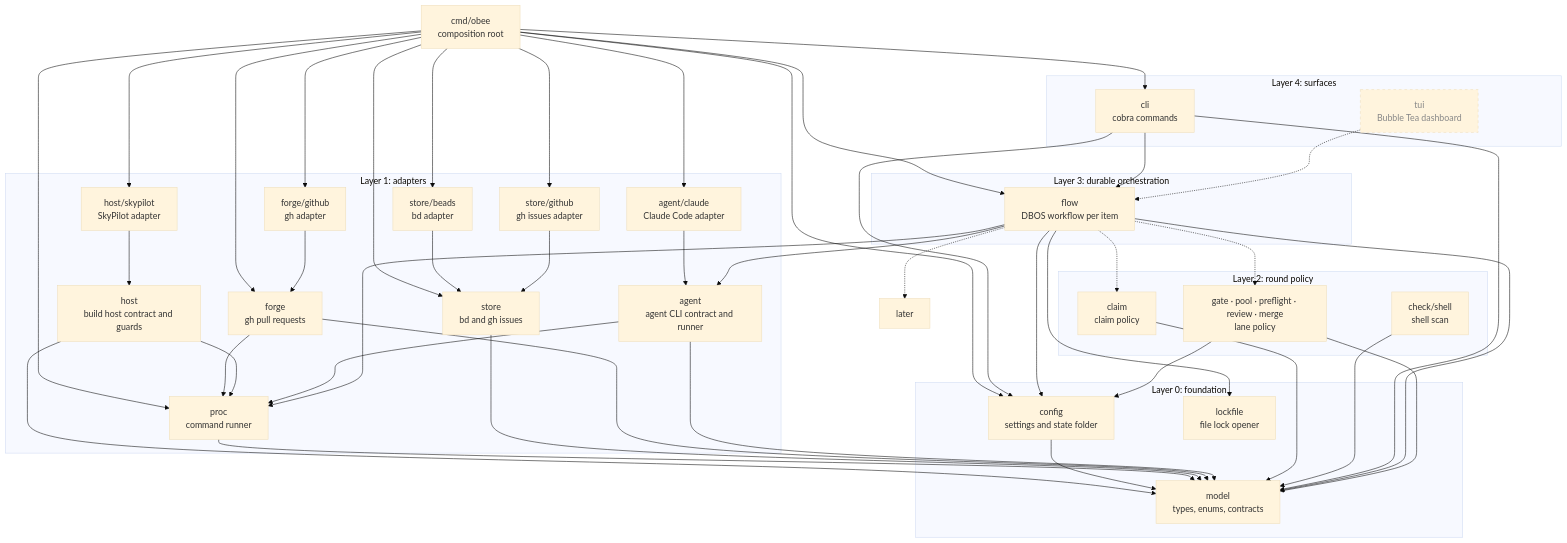
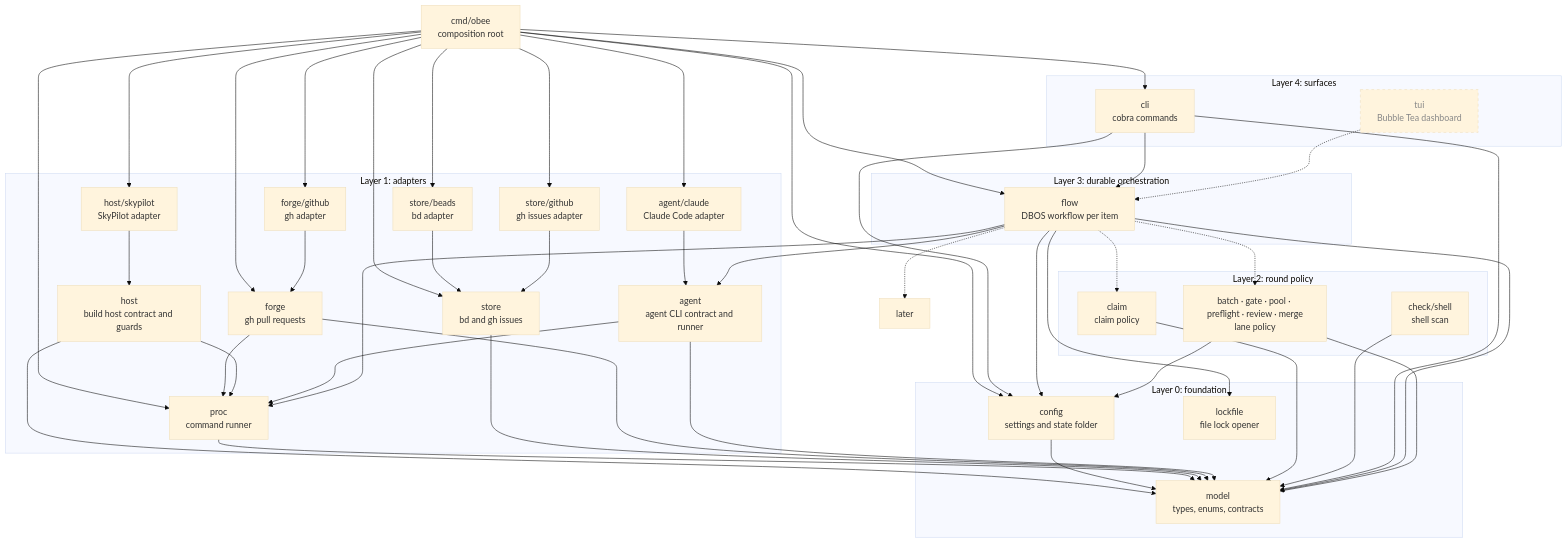
One commit to tobocop2/beehave changed the first of 3 diagrams in docs/architecture.md. Above: the diagram before and after it, drawn with Mermaid (base theme). The commit also changed other lines of this file and 12 other files, not shown here.

```diff
--- a/docs/architecture.md
+++ b/docs/architecture.md
@@ -127,7 +127,7 @@
     subgraph L2["Layer 2: round policy"]
         claim["claim<br/>claim policy"]
         check["check/shell<br/>shell scan"]
-        policy["gate · pool · preflight · review · merge<br/>lane policy"]
+        policy["batch · gate · pool · preflight · review · merge<br/>lane policy"]
     end
 
     subgraph L1["Layer 1: adapters"]
```
